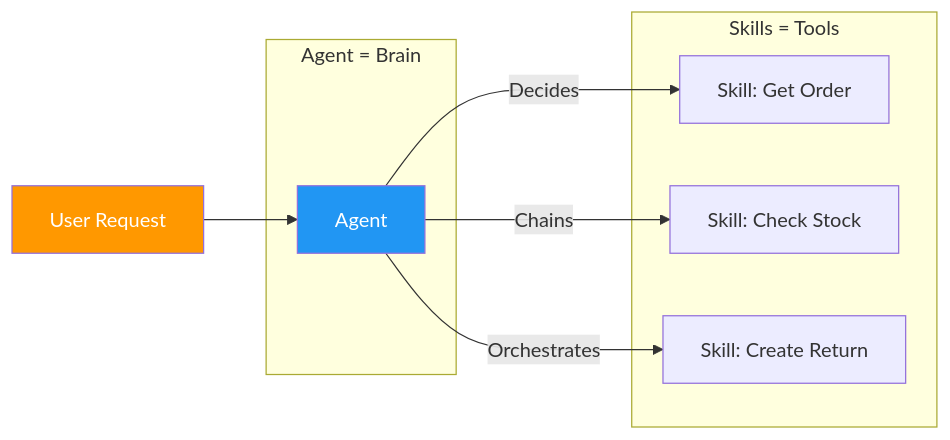
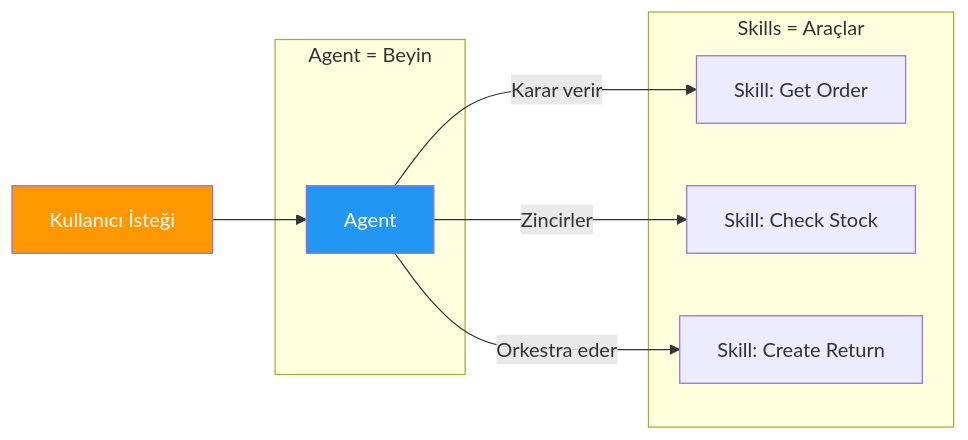
The third of 5 diagrams in Technical Tutorials/BTP/TR/chapters/appendix-a-reference-tables.md (beyhanmeyrali/sap-all), drawn with Mermaid before and after one commit. The commit also changed other lines of this file and 11 other files, not shown here.

````diff
--- a/Technical Tutorials/BTP/TR/chapters/appendix-a-reference-tables.md
+++ b/Technical Tutorials/BTP/TR/chapters/appendix-a-reference-tables.md
@@ -118,19 +118,19 @@
 ```mermaid
 graph LR
-    subgraph "Skills = Tools"
+    subgraph "Skills = Araçlar"
         S1[Skill: Get Order]
         S2[Skill: Check Stock]
         S3[Skill: Create Return]
     end
 
-    subgraph "Agent = Brain"
-        A[Agent] --> |"Decides"| S1
-        A --> |"Chains"| S2
-        A --> |"Orchestrates"| S3
+    subgraph "Agent = Beyin"
+        A[Agent] --> |"Karar verir"| S1
+        A --> |"Zincirler"| S2
+        A --> |"Orkestra eder"| S3
     end
 
-    USER[User Request] --> A
+    USER[Kullanıcı İsteği] --> A
 
     style A fill:#2196F3,color:white
     style USER fill:#FF9800,color:white
 ```
````
